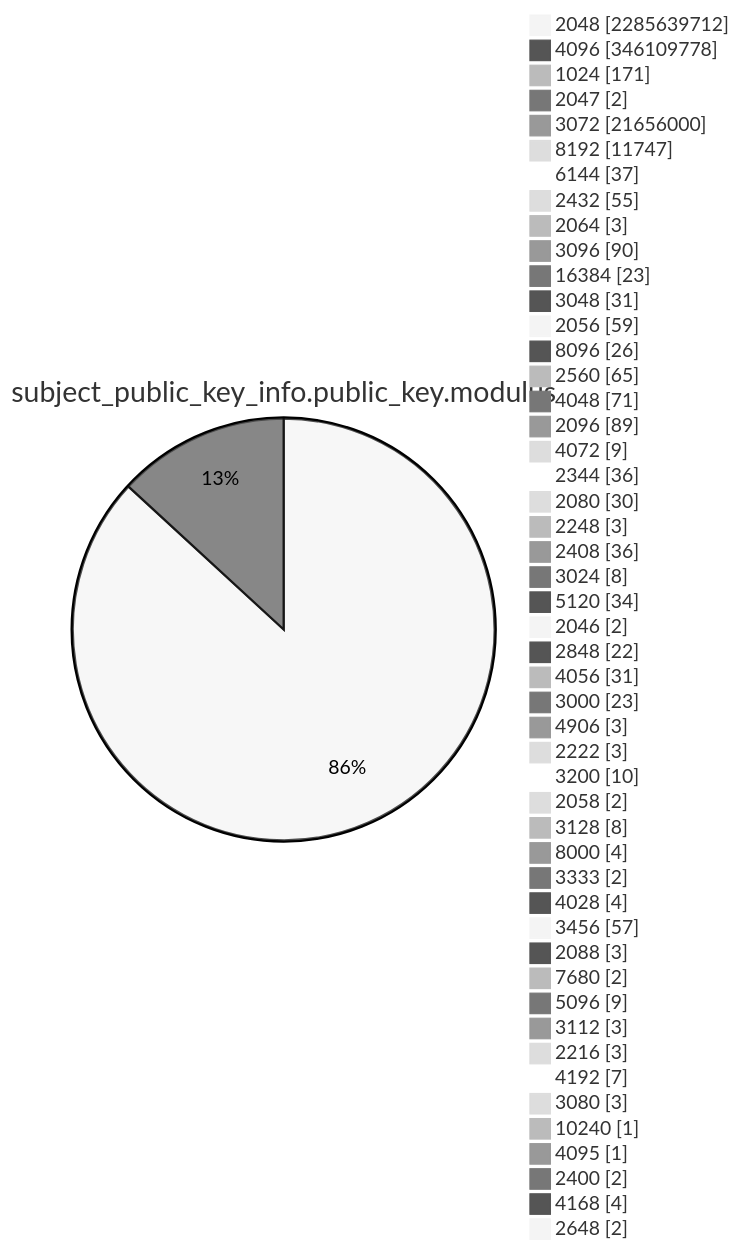
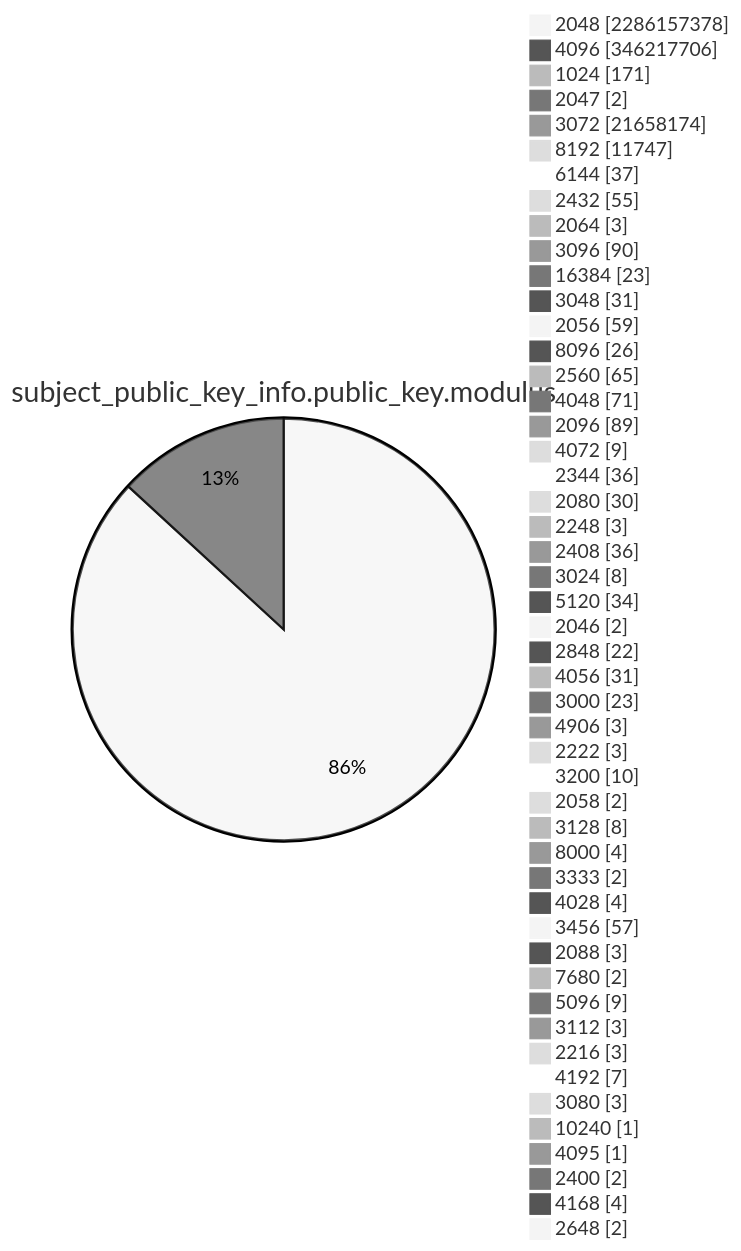
One commit to christiankrug/ctmonitor_visualization changed diagram 13 of 15 in TOTAL/README.md. Above: the diagram before and after it, drawn with Mermaid (neutral theme). The commit also changed other lines of this file, not shown here.

````diff
--- a/TOTAL/README.md
+++ b/TOTAL/README.md
@@ -4165,53 +4165,53 @@
 ```mermaid
 pie showData
 title subject_public_key_info.public_key.modulus
-"2048" :2285639712
-"4096" :346109778
+"2048" :2286157378
+"4096" :346217706
 "1024" :171
 "2047" :2
-"3072" :21656000
+"3072" :21658174
 "8192" :11747
 "6144" :37
 "2432" :55
 "2064" :3
 "3096" :90
 "16384" :23
 "3048" :31
 "2056" :59
 "8096" :26
 "2560" :65
 "4048" :71
 "2096" :89
 "4072" :9
 "2344" :36
 "2080" :30
 "2248" :3
 "2408" :36
 "3024" :8
 "5120" :34
 "2046" :2
 "2848" :22
 "4056" :31
 "3000" :23
 "4906" :3
 "2222" :3
 "3200" :10
 "2058" :2
 "3128" :8
 "8000" :4
 "3333" :2
 "4028" :4
 "3456" :57
 "2088" :3
 "7680" :2
 "5096" :9
 "3112" :3
 "2216" :3
 "4192" :7
 "3080" :3
 "10240" :1
 "4095" :1
 "2400" :2
 "4168" :4
 "2648" :2
 ```
````
